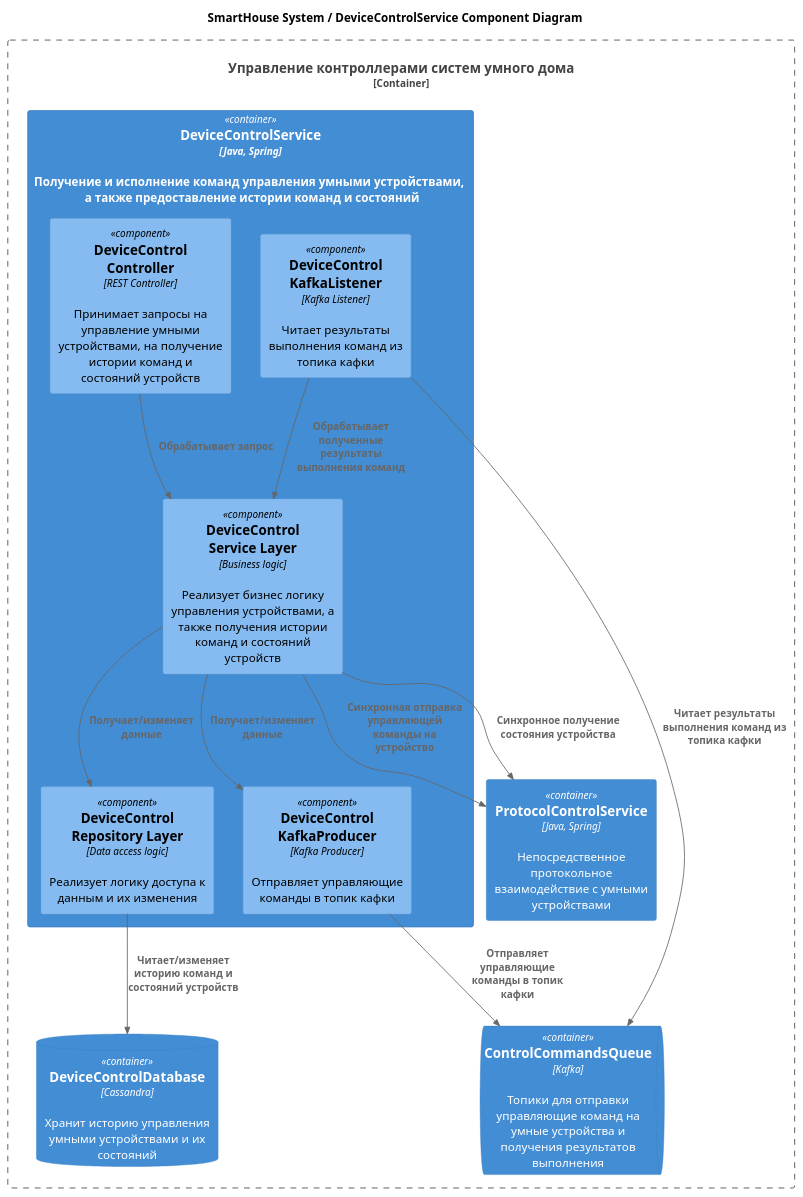
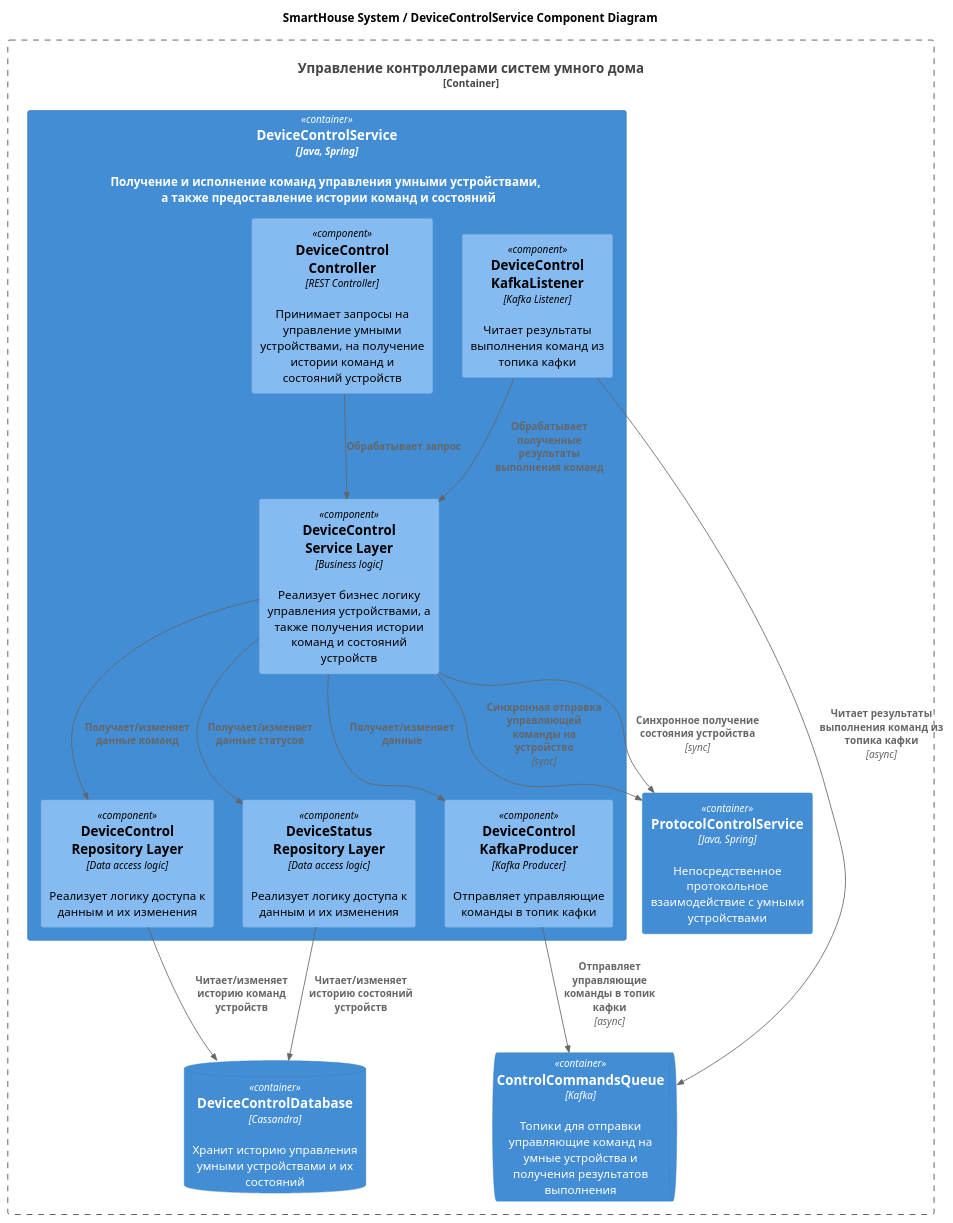
The diagram in diagrams/component/Component_DeviceControl.puml (maxoness/yandex-architecture-sprint-3), drawn with PlantUML before and after one commit. The commit also changed 8 other files, not shown here.

Commit message:
task 2 - code diagram

```diff
--- a/diagrams/component/Component_DeviceControl.puml
+++ b/diagrams/component/Component_DeviceControl.puml
@@ -1,37 +1,41 @@
 @startuml
 title SmartHouse System / DeviceControlService Component Diagram
 
 top to bottom direction
 
 !includeurl ../C4_templates/C4_Component.puml
 
 Container_Boundary(ControllerManagementServices, "Управление контроллерами систем умного дома") {
   Container(DeviceControlService, DeviceControlService, "Java, Spring", "Получение и исполнение команд управления умными устройствами, \n а также предоставление истории команд и состояний")
   ContainerDb(DeviceControlDatabase, DeviceControlDatabase, "Cassandra", "Хранит историю управления умными устройствами и их состояний")
   ContainerQueue(ControlCommandsQueue, ControlCommandsQueue, "Kafka", "Топики для отправки управляющие команд на умные устройства и получения результатов выполнения")
+
   Container(ProtocolControlService, ProtocolControlService, "Java, Spring", "Непосредственное протокольное взаимодействие с умными устройствами")
 }
 
 Container(DeviceControlService, "DeviceControlService") {
     Component(DeviceControlController, "DeviceControl \n Controller", "REST Controller", "Принимает запросы на управление умными устройствами, на получение истории команд и состояний устройств")
     Component(DeviceControlServiceLayer, "DeviceControl \n Service Layer", "Business logic", "Реализует бизнес логику управления устройствами, а также получения истории команд и состояний устройств")
-    Component(RepositoryLayer, "DeviceControl \n Repository Layer", "Data access logic", "Реализует логику доступа к данным и их изменения")
+    Component(DeviceControlRepository, "DeviceControl \n Repository Layer", "Data access logic", "Реализует логику доступа к данным и их изменения")
+    Component(DeviceStatusRepository, "DeviceStatus \n Repository Layer", "Data access logic", "Реализует логику доступа к данным и их изменения")
     Component(DeviceControlKafkaProducer, "DeviceControl \n KafkaProducer", "Kafka Producer", "Отправляет управляющие команды в топик кафки")
     Component(DeviceControlKafkaListener, "DeviceControl \n KafkaListener", "Kafka Listener", "Читает результаты выполнения команд из топика кафки")
 }
 
 
 
 Rel(DeviceControlController,DeviceControlServiceLayer,"Обрабатывает запрос")
-Rel(DeviceControlServiceLayer,RepositoryLayer,"Получает/изменяет данные")
-Rel(RepositoryLayer,DeviceControlDatabase,"Читает/изменяет историю команд и состояний устройств")
+Rel(DeviceControlServiceLayer,DeviceControlRepository,"Получает/изменяет данные команд")
+Rel(DeviceControlServiceLayer,DeviceStatusRepository,"Получает/изменяет данные статусов")
+Rel(DeviceControlRepository,DeviceControlDatabase,"Читает/изменяет историю команд устройств")
+Rel(DeviceStatusRepository,DeviceControlDatabase,"Читает/изменяет историю состояний устройств")
 Rel(DeviceControlServiceLayer,DeviceControlKafkaProducer,"Получает/изменяет данные")
 Rel(DeviceControlKafkaListener,DeviceControlServiceLayer,"Обрабатывает полученные результаты выполнения команд")
-Rel(DeviceControlKafkaProducer,ControlCommandsQueue,"Отправляет управляющие команды в топик кафки")
-Rel(DeviceControlKafkaListener,ControlCommandsQueue,"Читает результаты выполнения команд из топика кафки")
+Rel(DeviceControlKafkaProducer,ControlCommandsQueue,"Отправляет управляющие команды в топик кафки", "async")
+Rel(DeviceControlKafkaListener,ControlCommandsQueue,"Читает результаты выполнения команд из топика кафки", "async")
 
-Rel(DeviceControlServiceLayer,ProtocolControlService,"Синхронная отправка управляющей команды на устройство")
-Rel(DeviceControlServiceLayer,ProtocolControlService,"Синхронное получение состояния устройства")
+Rel(DeviceControlServiceLayer,ProtocolControlService,"Синхронная отправка управляющей команды на устройство", "sync")
+Rel(DeviceControlServiceLayer,ProtocolControlService,"Синхронное получение состояния устройства", "sync")
 
 
 @enduml
```
